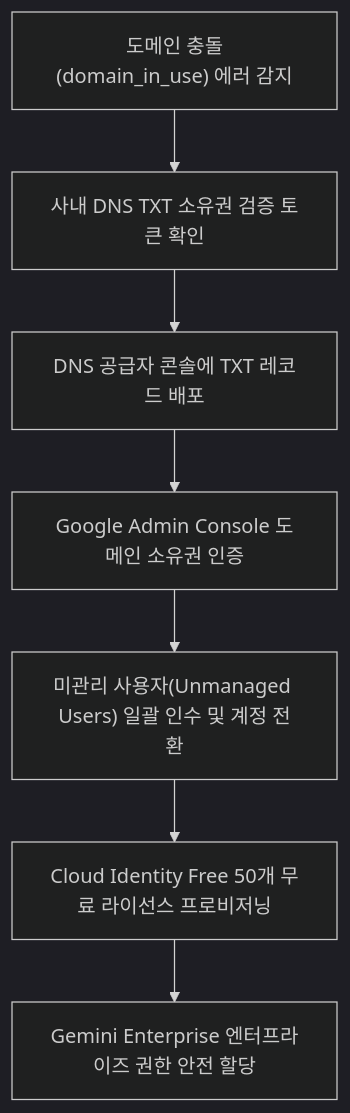
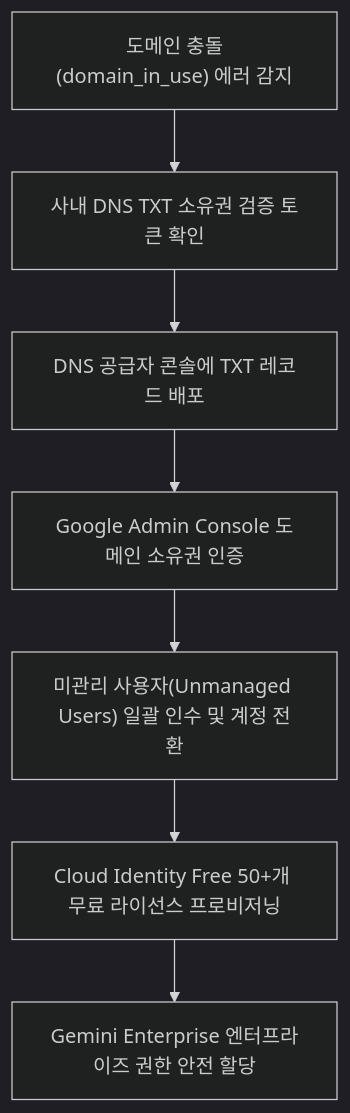
The diagram in samples/gemini-enterprise-domain-in-use-resolver/README.md (jiangjun-forge/google-cloud-0-to-1), drawn with Mermaid (dark theme) before and after one commit. The commit also changed other lines of this file and 33 other files, not shown here.

````diff
--- a/samples/gemini-enterprise-domain-in-use-resolver/README.md
+++ b/samples/gemini-enterprise-domain-in-use-resolver/README.md
@@ -21,9 +22,9 @@
 ```mermaid
 graph TD
     A["도메인 충돌(domain_in_use) 에러 감지"] --> B["사내 DNS TXT 소유권 검증 토큰 확인"]
     B --> C["DNS 공급자 콘솔에 TXT 레코드 배포"]
     C --> D["Google Admin Console 도메인 소유권 인증"]
     D --> E["미관리 사용자(Unmanaged Users) 일괄 인수 및 계정 전환"]
-    E --> F["Cloud Identity Free 50개 무료 라이선스 프로비저닝"]
+    E --> F["Cloud Identity Free 50+개 무료 라이선스 프로비저닝"]
     F --> G["Gemini Enterprise 엔터프라이즈 권한 안전 할당"]
 ```
````
